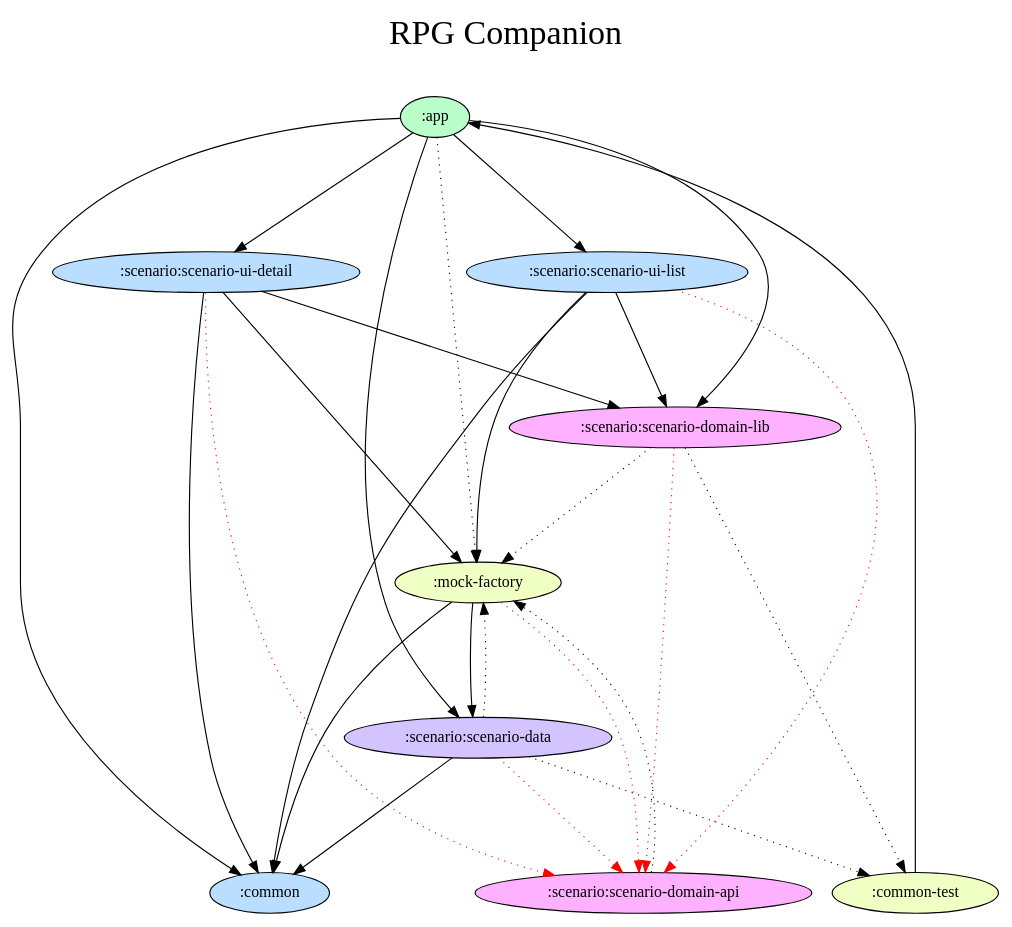
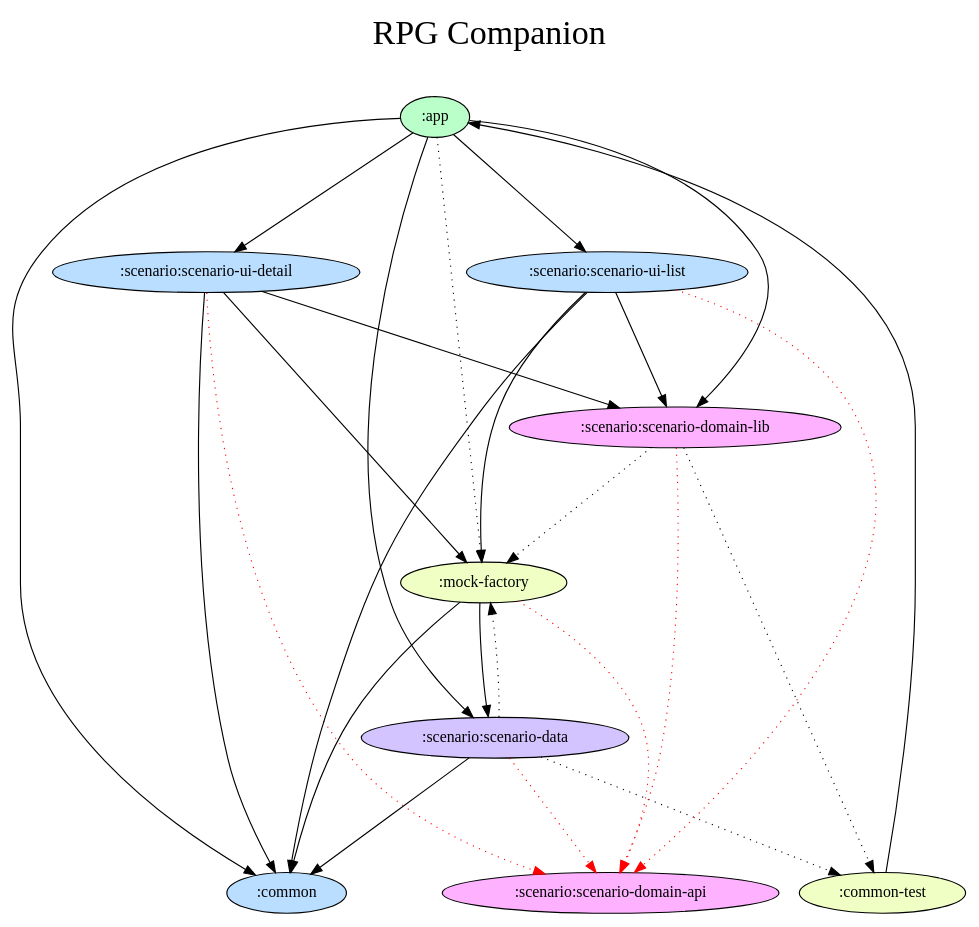
Before and after one commit to florentin-v/android-rpg-companion: the diagram in docs/dependency-graph/project.dot, drawn with Graphviz. The commit also changed 3 other files, not shown here.

Commit message:
chore: remove circular dependency between scenario-domain-api and mock-factory

```diff
--- a/docs/dependency-graph/project.dot
+++ b/docs/dependency-graph/project.dot
@@ -1,48 +1,47 @@
 digraph {
   graph [label="RPG Companion\n ",labelloc=t,fontsize=30,ranksep=1.4];
   node [style=filled, fillcolor="#bbbbbb"];
   rankdir=TB;
 
   # Projects
 
   ":app" [fillcolor="#baffc9"];
   ":common" [fillcolor="#badeff"];
   ":common-test" [fillcolor="#f0ffc4"];
   ":mock-factory" [fillcolor="#f0ffc4"];
   ":scenario:scenario-data" [fillcolor="#d3c4ff"];
   ":scenario:scenario-domain-api" [fillcolor="#fdb1ff"];
   ":scenario:scenario-domain-lib" [fillcolor="#fdb1ff"];
   ":scenario:scenario-ui-detail" [fillcolor="#badeff"];
   ":scenario:scenario-ui-list" [fillcolor="#badeff"];
 
   {rank = same;}
 
   # Dependencies
 
   ":app" -> ":common" [style=filled]
   ":app" -> ":scenario:scenario-data" [style=filled]
   ":app" -> ":scenario:scenario-domain-lib" [style=filled]
   ":app" -> ":scenario:scenario-ui-detail" [style=filled]
   ":app" -> ":scenario:scenario-ui-list" [style=filled]
   ":app" -> ":mock-factory" [style=dotted]
   ":common-test" -> ":app" [style=filled]
   ":mock-factory" -> ":scenario:scenario-domain-api" [color=red,style=dotted]
   ":mock-factory" -> ":common" [style=filled]
   ":mock-factory" -> ":scenario:scenario-data" [style=filled]
-  ":scenario:scenario-domain-api" -> ":mock-factory" [style=dotted]
   ":scenario:scenario-ui-list" -> ":scenario:scenario-domain-api" [color=red,style=dotted]
   ":scenario:scenario-ui-list" -> ":common" [style=filled]
   ":scenario:scenario-ui-list" -> ":mock-factory" [style=filled]
   ":scenario:scenario-ui-list" -> ":scenario:scenario-domain-lib" [style=filled]
   ":scenario:scenario-domain-lib" -> ":scenario:scenario-domain-api" [color=red,style=dotted]
   ":scenario:scenario-domain-lib" -> ":mock-factory" [style=dotted]
   ":scenario:scenario-domain-lib" -> ":common-test" [style=dotted]
   ":scenario:scenario-data" -> ":scenario:scenario-domain-api" [color=red,style=dotted]
   ":scenario:scenario-data" -> ":common" [style=filled]
   ":scenario:scenario-data" -> ":mock-factory" [style=dotted]
   ":scenario:scenario-data" -> ":common-test" [style=dotted]
   ":scenario:scenario-ui-detail" -> ":scenario:scenario-domain-api" [color=red,style=dotted]
   ":scenario:scenario-ui-detail" -> ":common" [style=filled]
   ":scenario:scenario-ui-detail" -> ":mock-factory" [style=filled]
   ":scenario:scenario-ui-detail" -> ":scenario:scenario-domain-lib" [style=filled]
 }
```
